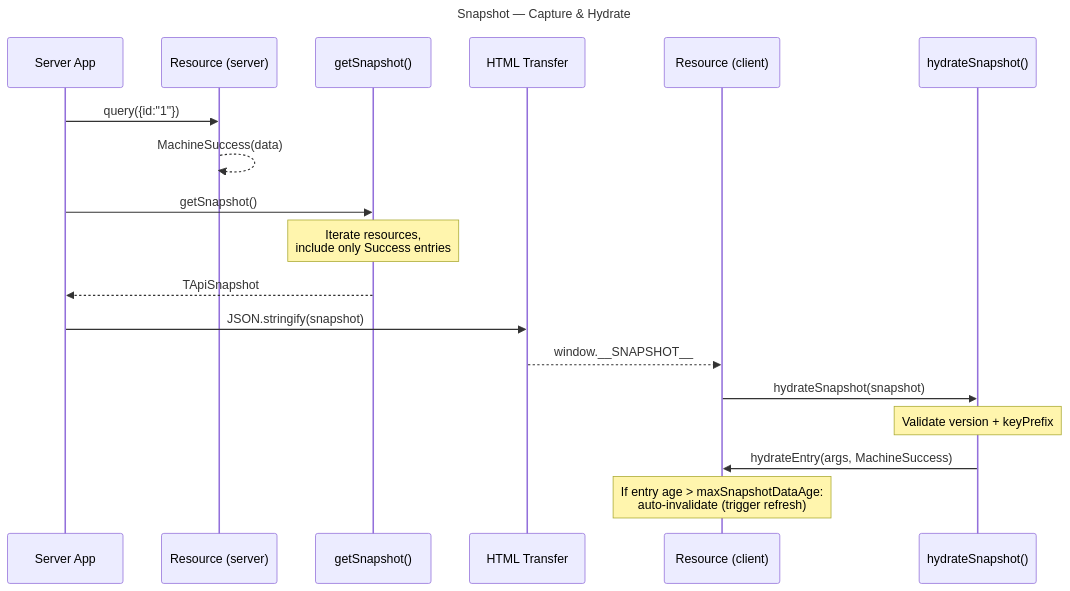
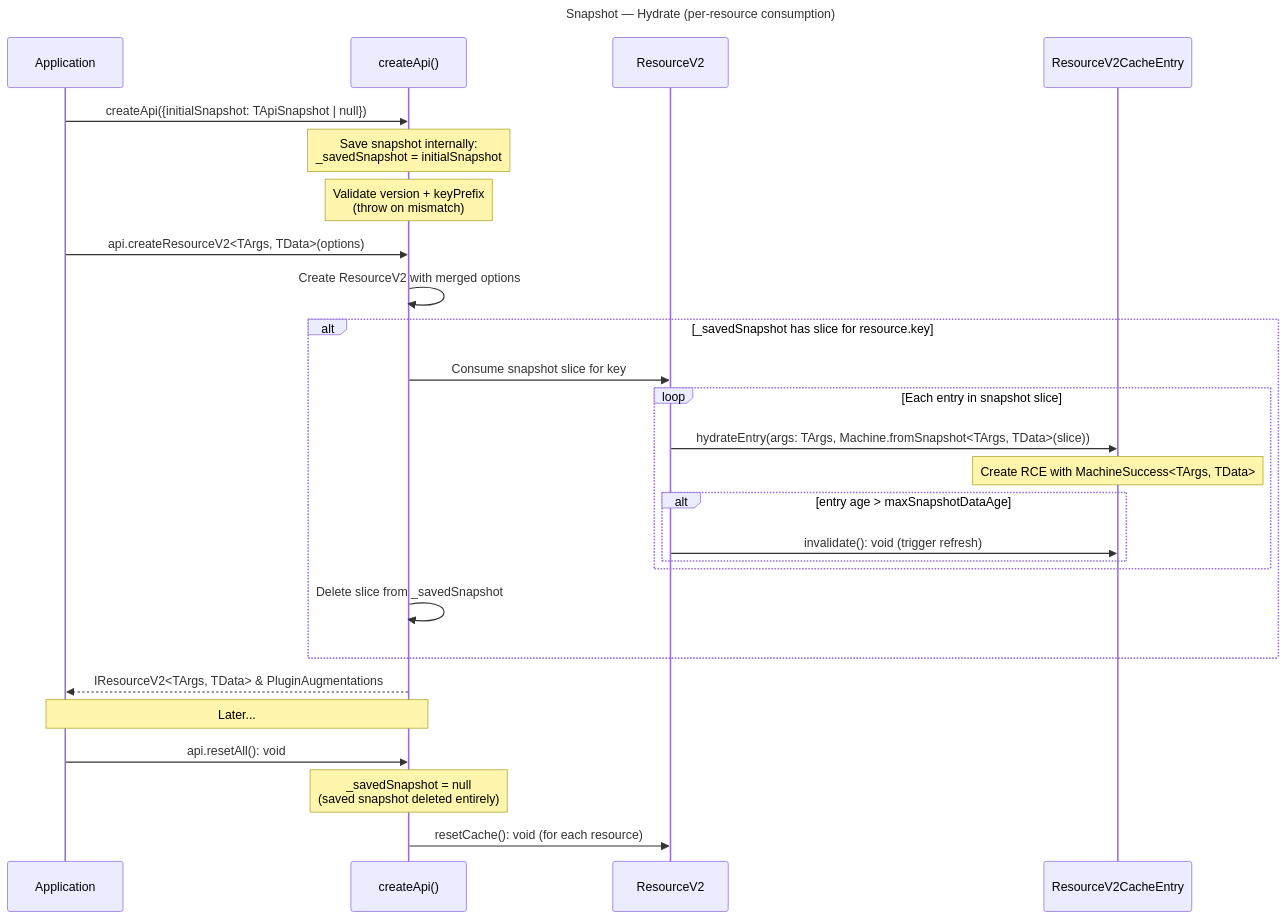
One commit to fozy-labs/rx-toolkit changed the ninth of 19 diagrams in .thoughts/2026-03-23-1400_query-v2-full-implementation/02-design/02-dataflow.md. Above: the diagram before and after it, drawn with Mermaid. The commit also changed other lines of this file and 204 other files, not shown here.

````diff
--- a/.thoughts/2026-03-23-1400_query-v2-full-implementation/02-design/02-dataflow.md
+++ b/.thoughts/2026-03-23-1400_query-v2-full-implementation/02-design/02-dataflow.md
@@ -247,25 +253,34 @@
 ```mermaid
 sequenceDiagram
-    title Snapshot — Capture & Hydrate
-    participant Server as Server App
-    participant SRes as Resource (server)
-    participant Snap as getSnapshot()
-    participant HTML as HTML Transfer
-    participant CRes as Resource (client)
-    participant Hydrate as hydrateSnapshot()
+    title Snapshot — Hydrate (per-resource consumption)
+    participant App as Application
+    participant API as createApi()
+    participant Res as ResourceV2
+    participant RCE as ResourceV2CacheEntry
     
-    Server->>SRes: query({id:"1"})
-    SRes-->>SRes: MachineSuccess(data)
-    Server->>Snap: getSnapshot()
-    Note over Snap: Iterate resources,<br/>include only Success entries
-    Snap-->>Server: TApiSnapshot
+    App->>API: createApi({initialSnapshot: TApiSnapshot | null})
+    Note over API: Save snapshot internally:<br/>_savedSnapshot = initialSnapshot
+    Note over API: Validate version + keyPrefix<br/>(throw on mismatch)
     
-    Server->>HTML: JSON.stringify(snapshot)
-    HTML-->>CRes: window.__SNAPSHOT__
+    App->>API: api.createResourceV2<TArgs, TData>(options)
+    API->>API: Create ResourceV2 with merged options
     
-    CRes->>Hydrate: hydrateSnapshot(snapshot)
-    Note over Hydrate: Validate version + keyPrefix
-    Hydrate->>CRes: hydrateEntry(args, MachineSuccess)
+    alt _savedSnapshot has slice for resource.key
+        API->>Res: Consume snapshot slice for key
+        loop Each entry in snapshot slice
+            Res->>RCE: hydrateEntry(args: TArgs, Machine.fromSnapshot<TArgs, TData>(slice))
+            Note over RCE: Create RCE with MachineSuccess<TArgs, TData>
+            alt entry age > maxSnapshotDataAge
+                Res->>RCE: invalidate(): void (trigger refresh)
+            end
+        end
+        API->>API: Delete slice from _savedSnapshot
+    end
     
-    Note over CRes: If entry age > maxSnapshotDataAge:<br/>auto-invalidate (trigger refresh)
+    API-->>App: IResourceV2<TArgs, TData> & PluginAugmentations
+    
+    Note over App,API: Later...
+    App->>API: api.resetAll(): void
+    Note over API: _savedSnapshot = null<br/>(saved snapshot deleted entirely)
+    API->>Res: resetCache(): void (for each resource)
 ```
````
